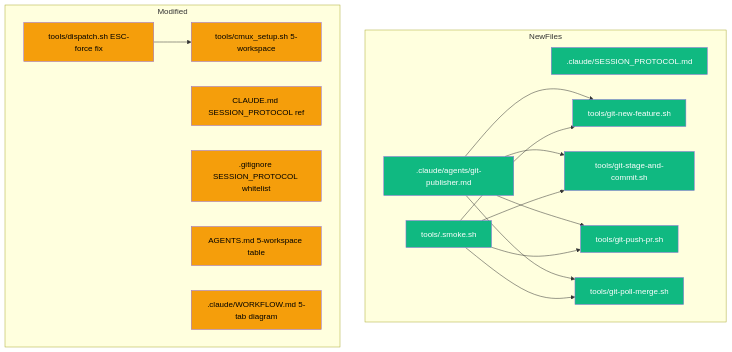
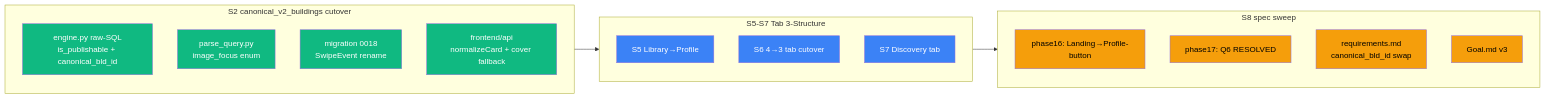
Before and after one commit to hongikarchi/archi-tinder: the eighth of 8 diagrams in .claude/Report.md, drawn with Mermaid. The commit also changed other lines of this file and 92 other files, not shown here.

First line of the commit message:
Deploy: PR #19-#35 (S1-S8 tab3 replan + canonical_v2_buildings cutover + workflow infra) (#36)

````diff
--- a/.claude/Report.md
+++ b/.claude/Report.md
@@ -488,33 +503,26 @@
 ```mermaid
-graph TD
-    subgraph NewFiles
-        session_protocol[.claude/SESSION_PROTOCOL.md]:::new
-        git_publisher[.claude/agents/git-publisher.md]:::new
-        smoke_sh[tools/.smoke.sh]:::new
-        git_new_feature[tools/git-new-feature.sh]:::new
-        git_stage_commit[tools/git-stage-and-commit.sh]:::new
-        git_push_pr[tools/git-push-pr.sh]:::new
-        git_poll_merge[tools/git-poll-merge.sh]:::new
+graph LR
+    subgraph S2["S2 canonical_v2_buildings cutover"]
+        engine[engine.py raw-SQL\nis_publishable + canonical_bld_id]:::core
+        parse[parse_query.py\nimage_focus enum]:::core
+        mig[migration 0018\nSwipeEvent rename]:::core
+        front_api[frontend/api\nnormalizeCard + cover fallback]:::core
     end
-    subgraph Modified
-        dispatch_sh[tools/dispatch.sh ESC-force fix]:::modified
-        cmux_setup[tools/cmux_setup.sh 5-workspace]:::modified
-        claude_md[CLAUDE.md SESSION_PROTOCOL ref]:::modified
-        gitignore[.gitignore SESSION_PROTOCOL whitelist]:::modified
-        agents_md[AGENTS.md 5-workspace table]:::modified
-        workflow_md[.claude/WORKFLOW.md 5-tab diagram]:::modified
+    subgraph Tabs["S5-S7 Tab 3-Structure"]
+        s5[S5 Library→Profile]:::ui
+        s6[S6 4→3 tab cutover]:::ui
+        s7[S7 Discovery tab]:::ui
     end
-    git_publisher --> git_new_feature
-    git_publisher --> git_stage_commit
-    git_publisher --> git_push_pr
-    git_publisher --> git_poll_merge
-    smoke_sh --> git_new_feature
-    smoke_sh --> git_stage_commit
-    smoke_sh --> git_push_pr
-    smoke_sh --> git_poll_merge
-    dispatch_sh --> cmux_setup
+    subgraph Docs["S8 spec sweep"]
+        ph16[phase16: Landing→Profile-button]:::doc
+        ph17[phase17: Q6 RESOLVED]:::doc
+        req[requirements.md\ncanonical_bld_id swap]:::doc
+        goal[Goal.md v3]:::doc
+    end
 
-    classDef new fill:#10b981,color:#fff
-    classDef modified fill:#f59e0b,color:#000
-    classDef deleted fill:#ef4444,color:#fff
+    S2 --> Tabs --> Docs
+
+    classDef core fill:#10b981,color:#fff
+    classDef ui fill:#3b82f6,color:#fff
+    classDef doc fill:#f59e0b,color:#000
 ```
````
